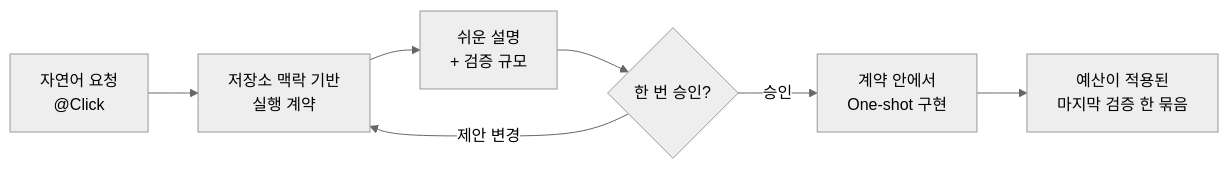
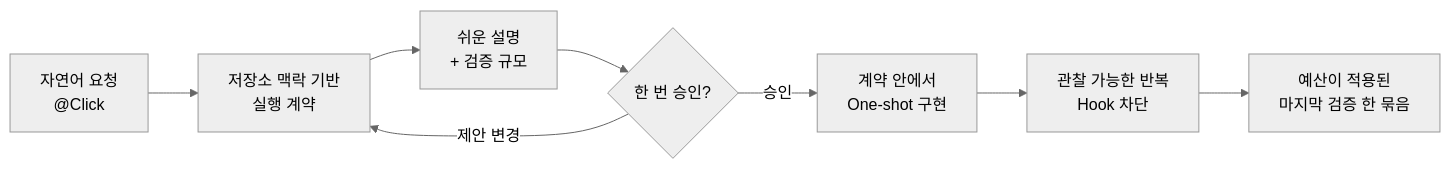
Before and after one commit to grapefruit0205/build-brief: the diagram in README.ko.md, drawn with Mermaid (neutral theme). The commit also changed other lines of this file and 9 other files, not shown here.

````diff
--- a/README.ko.md
+++ b/README.ko.md
@@ -22,9 +22,10 @@
 ```mermaid
 flowchart LR
     A["자연어 요청<br/>@Click"] --> B["저장소 맥락 기반<br/>실행 계약"]
     B --> C["쉬운 설명<br/>+ 검증 규모"]
     C --> D{"한 번 승인?"}
     D -->|승인| E["계약 안에서<br/>One-shot 구현"]
-    E --> F["예산이 적용된<br/>마지막 검증 한 묶음"]
+    E --> G["관찰 가능한 반복<br/>Hook 차단"]
+    G --> F["예산이 적용된<br/>마지막 검증 한 묶음"]
     D -->|제안 변경| B
 ```
````
